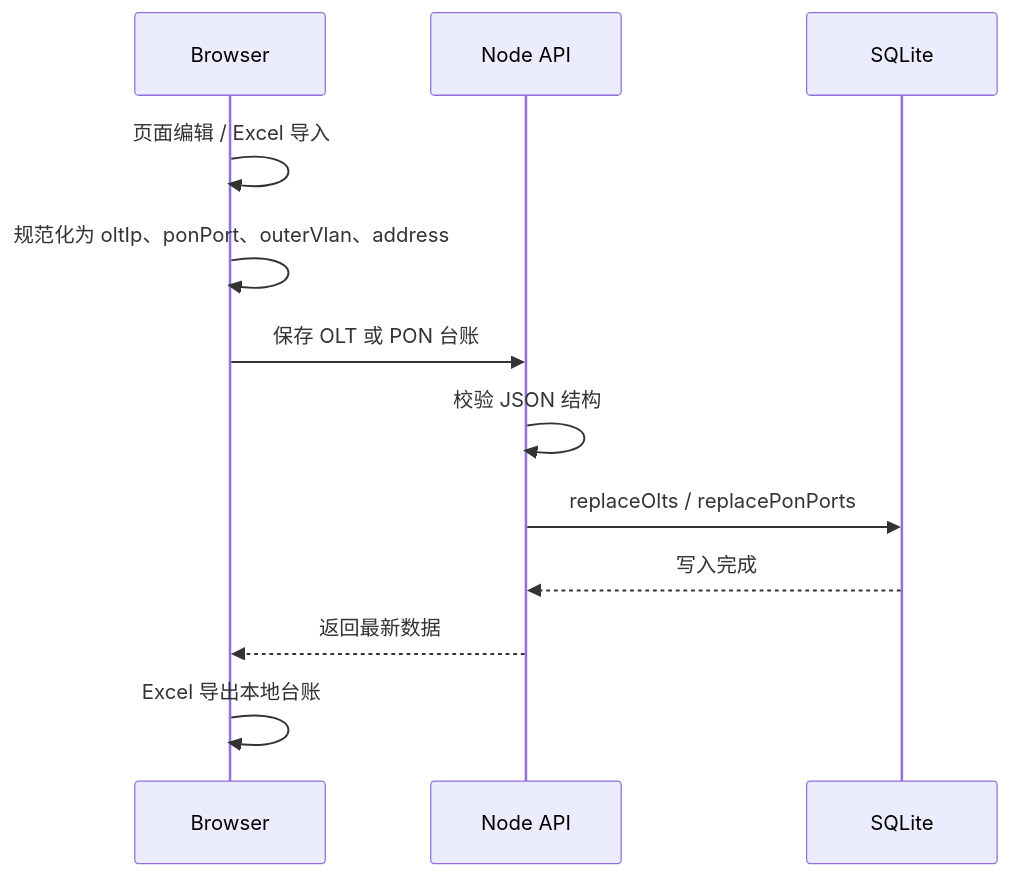
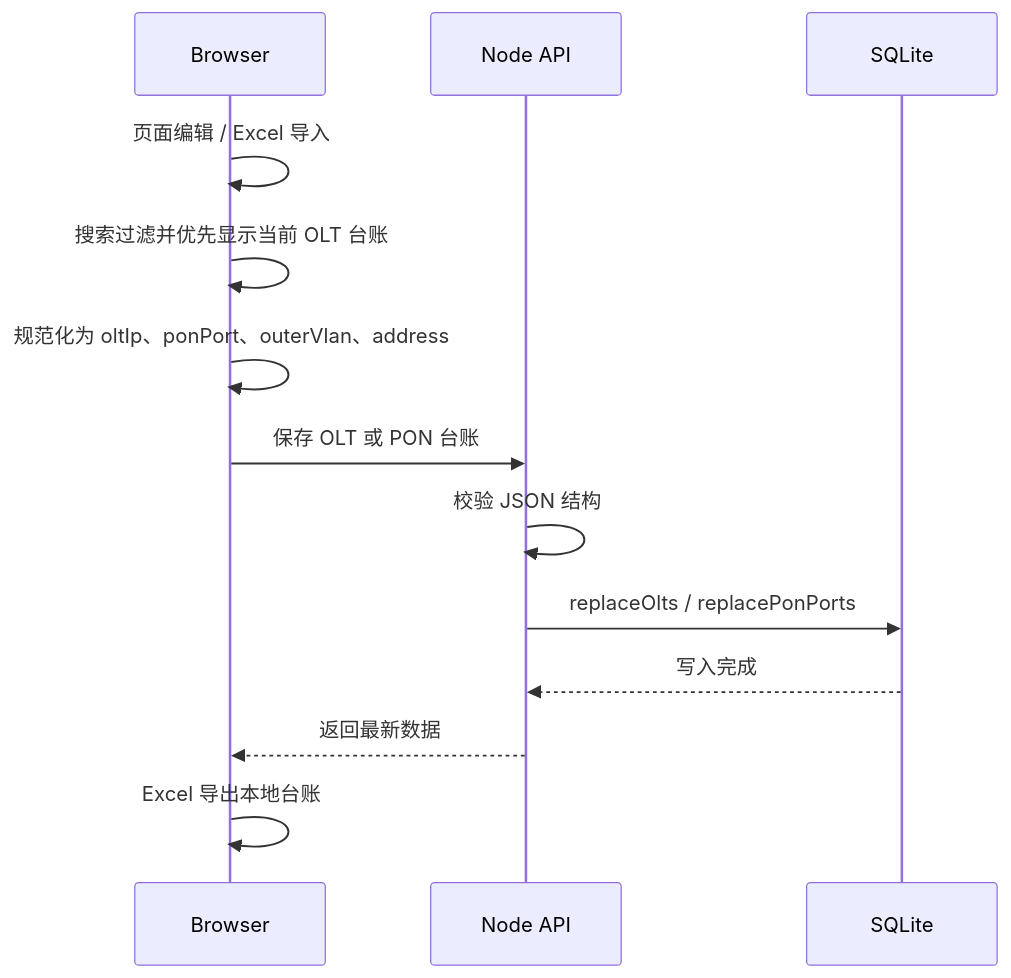
One commit to landvd/OLT-Manager changed the sixth of 7 diagrams in docs/design/sequence.md. Above: the diagram before and after it, drawn with Mermaid. The commit also changed other lines of this file and 9 other files, not shown here.

````diff
--- a/docs/design/sequence.md
+++ b/docs/design/sequence.md
@@ -134,15 +134,16 @@
 ```mermaid
 sequenceDiagram
   participant Browser as Browser
   participant API as Node API
   participant DB as SQLite
 
   Browser->>Browser: 页面编辑 / Excel 导入
+  Browser->>Browser: 搜索过滤并优先显示当前 OLT 台账
   Browser->>Browser: 规范化为 oltIp、ponPort、outerVlan、address
   Browser->>API: 保存 OLT 或 PON 台账
   API->>API: 校验 JSON 结构
   API->>DB: replaceOlts / replacePonPorts
   DB-->>API: 写入完成
   API-->>Browser: 返回最新数据
   Browser->>Browser: Excel 导出本地台账
 ```
````
